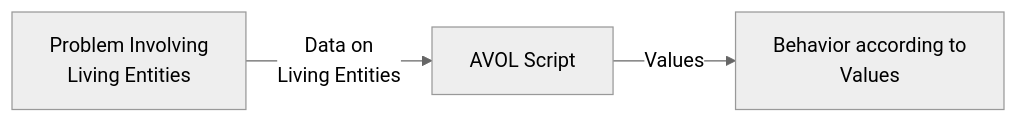
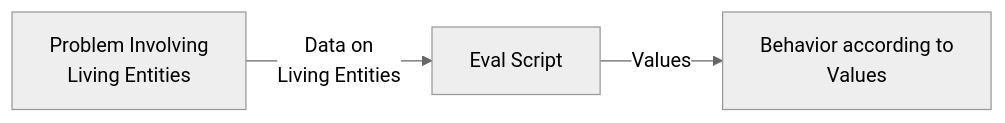
The diagram in README.md (Dayruke/Algorithmic-Value-Of-Life), drawn with Mermaid (neutral theme) before and after one commit.

Commit message:
Fixed term in process diagram

`````diff
--- a/README.md
+++ b/README.md
@@ -26,8 +26,8 @@
 ```mermaid
 graph LR
 1["Problem Involving<br>Living Entities"]
-2["AVOL Script"]
+2["Eval Script"]
 3["Behavior according to<br>Values"]
 1--"Data on<br>Living Entities"-->2
 2--Values-->3
 ````
`````
